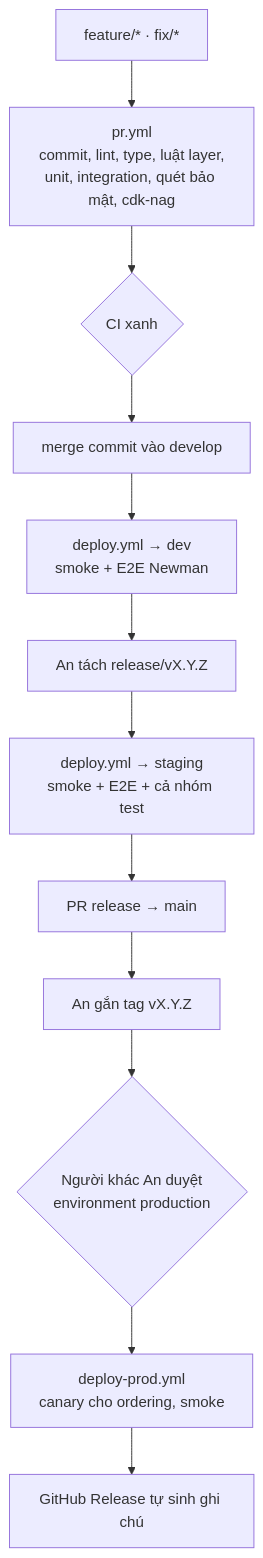
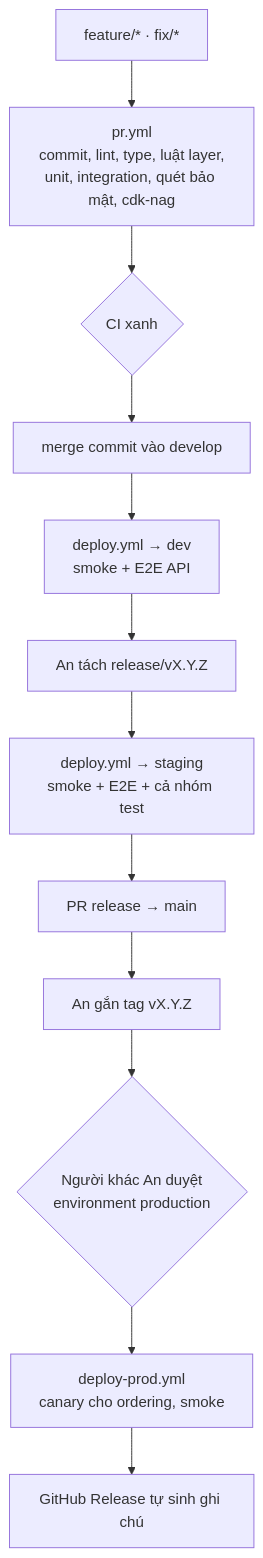
The second of 2 diagrams in docs/engineering-plan.md (hhieuann/shop-ai), drawn with Mermaid before and after one commit. The commit also changed other lines of this file and 8 other files, not shown here.

````diff
--- a/docs/engineering-plan.md
+++ b/docs/engineering-plan.md
@@ -290,14 +290,14 @@
 ```mermaid
 flowchart TB
   A["feature/* · fix/*"] --> B["pr.yml<br/>commit, lint, type, luật layer,<br/>unit, integration, quét bảo mật, cdk-nag"]
   B --> C{"CI xanh"}
   C --> D["merge commit vào develop"]
-  D --> E["deploy.yml → dev<br/>smoke + E2E Newman"]
+  D --> E["deploy.yml → dev<br/>smoke + E2E API"]
   E --> F["An tách release/vX.Y.Z"]
   F --> G["deploy.yml → staging<br/>smoke + E2E + cả nhóm test"]
   G --> H["PR release → main"]
   H --> I["An gắn tag vX.Y.Z"]
   I --> J{"Người khác An duyệt<br/>environment production"}
   J --> K["deploy-prod.yml<br/>canary cho ordering, smoke"]
   K --> L["GitHub Release tự sinh ghi chú"]
 ```
````
